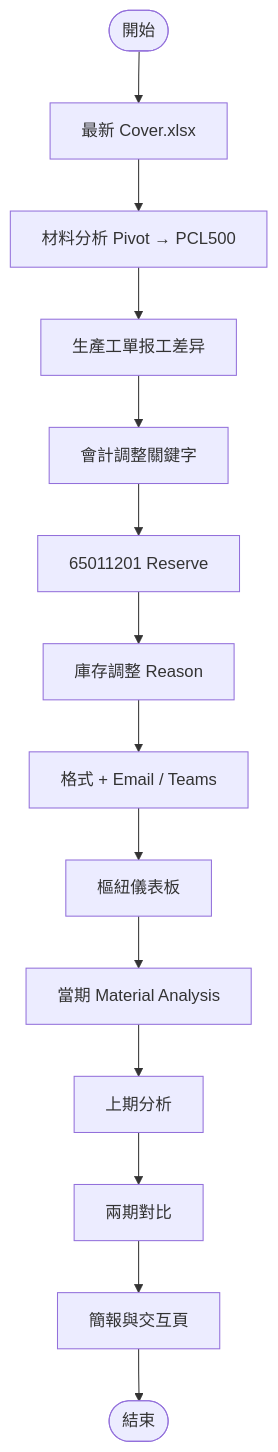
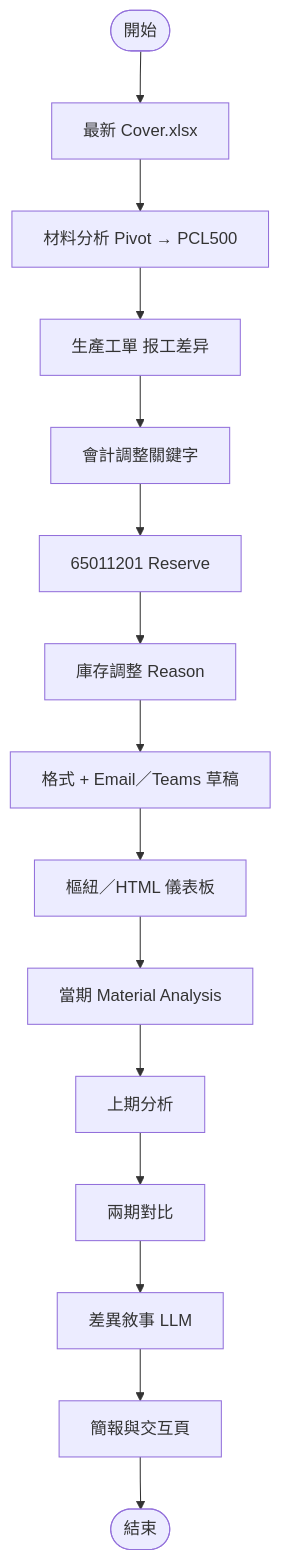
Before and after one commit to jellyfish00001/MoAgentChat_Work: the second of 2 diagrams in docs/flow-templates/03-範本-qv_dms_pipeline.md, drawn with Mermaid. The commit also changed other lines of this file and 42 other files, not shown here.

````diff
--- a/docs/flow-templates/03-範本-qv_dms_pipeline.md
+++ b/docs/flow-templates/03-範本-qv_dms_pipeline.md
@@ -27,16 +51,17 @@
 ```mermaid
 flowchart TD
   S([開始]) --> C0[最新 Cover.xlsx]
   C0 --> C1[材料分析 Pivot → PCL500]
-  C1 --> C2[生產工單报工差异]
+  C1 --> C2[生產工單 报工差异]
   C2 --> C3[會計調整關鍵字]
   C3 --> C4[65011201 Reserve]
   C4 --> C5[庫存調整 Reason]
-  C5 --> Fmt[格式 + Email / Teams]
-  Fmt --> Viz[樞紐儀表板]
+  C5 --> Fmt[格式 + Email／Teams 草稿]
+  Fmt --> Viz[樞紐／HTML 儀表板]
   Viz --> Cur[當期 Material Analysis]
   Cur --> Prev[上期分析]
   Prev --> Cmp[兩期對比]
-  Cmp --> Out[簡報與交互頁]
+  Cmp --> Nar[差異敘事 LLM]
+  Nar --> Out[簡報與交互頁]
   Out --> EndNode([結束])
 ```
````
